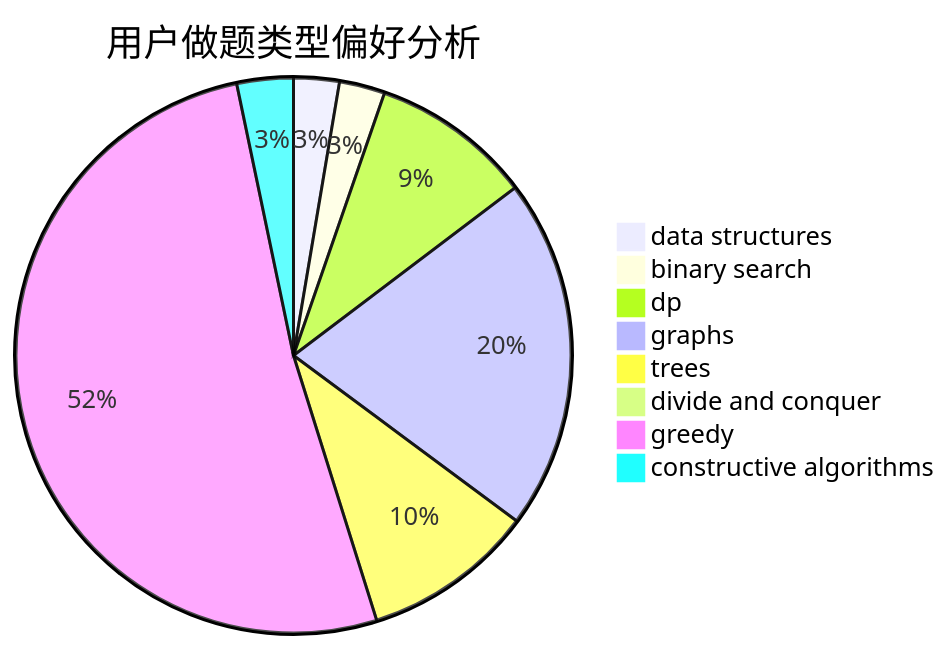
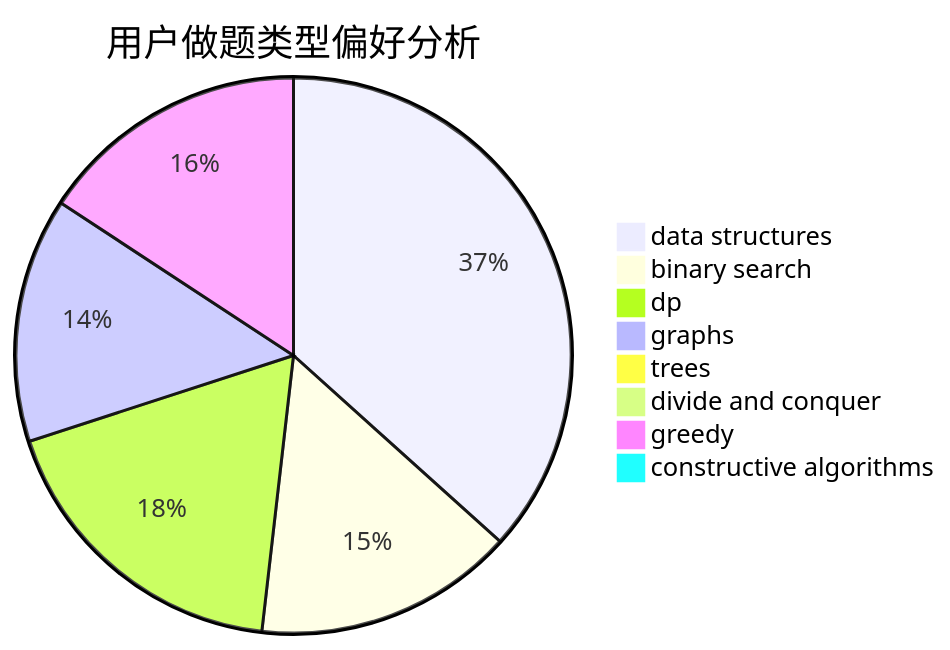
The second of 3 diagrams in docs/user/u531.md (sherpahu/cfrs.github.io), drawn with Mermaid before and after one commit. The commit also changed other lines of this file and 2770 other files, not shown here.

````diff
--- a/docs/user/u531.md
+++ b/docs/user/u531.md
@@ -23,11 +23,11 @@
 ```mermaid
 pie title 用户做题类型偏好分析
-    "data structures" :  17
-    "binary search" :  17
+    "data structures" :  121
+    "binary search" :  50
     "dp" :  60
-    "graphs" :  131
-    "trees" :  64
+    "graphs" :  47
+    "trees" :  0
     "divide and conquer" :  0
-    "greedy" :  330
-    "constructive algorithms" :  21
+    "greedy" :  52
+    "constructive algorithms" :  0
 ```
````
